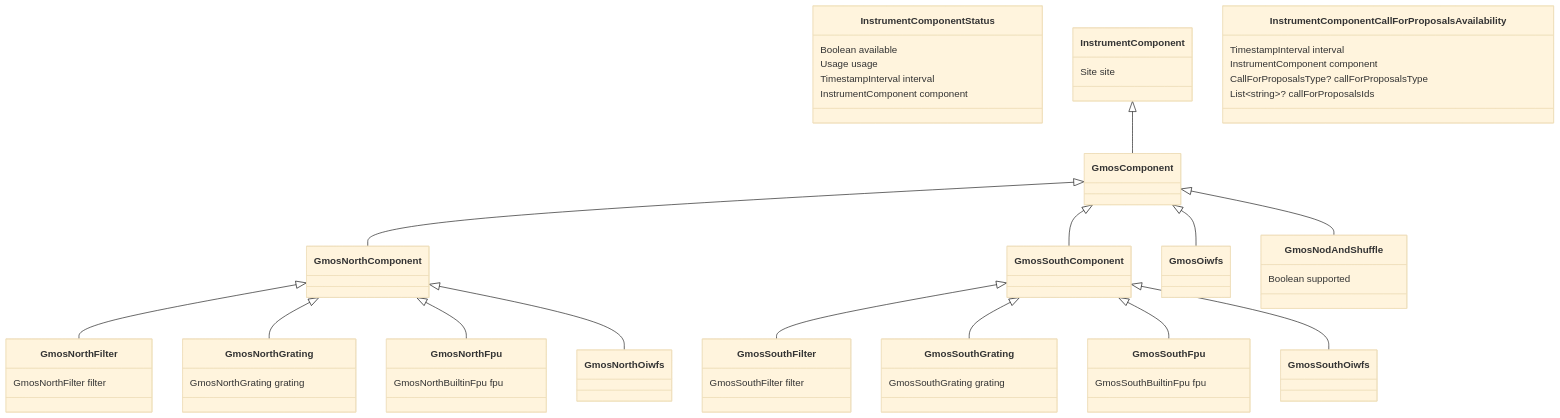
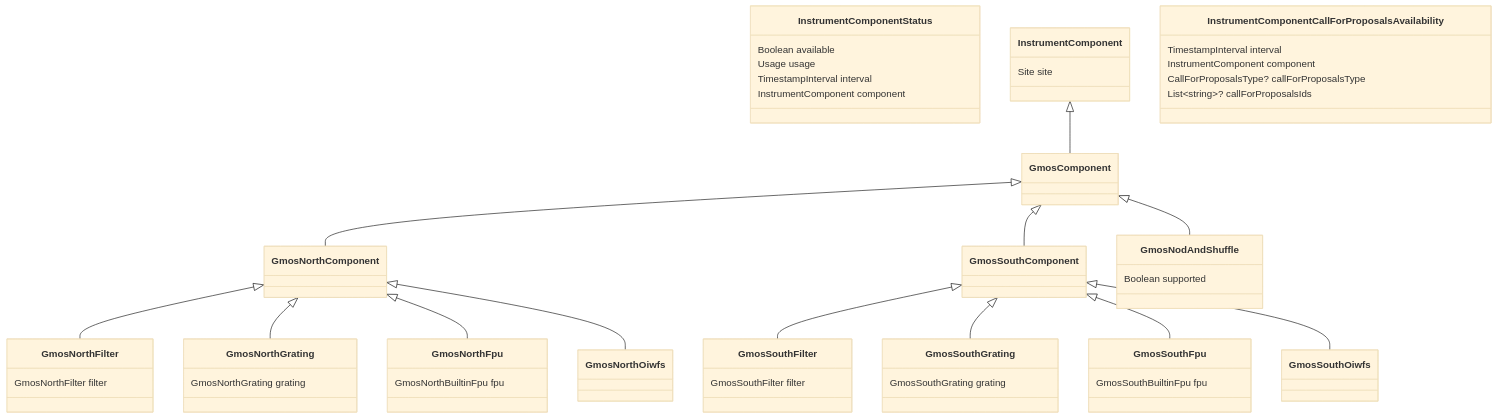
The fourth of 4 diagrams in docs/resource/calendar-domain-model.md (gemini-hlsw/lucuma-odb), drawn with Mermaid (base theme) before and after one commit.

Commit message:
Remove common oiwfs.

````diff
--- a/docs/resource/calendar-domain-model.md
+++ b/docs/resource/calendar-domain-model.md
@@ -134,74 +134,72 @@
 ```mermaid
 classDiagram
 
     %% Component operational status.
     class InstrumentComponentStatus {
         Boolean available
         Usage usage
         TimestampInterval interval
         InstrumentComponent component
     }
 
     %% Base instrument component type.
     class InstrumentComponent {
         Site site
     }
 
     %% Base GMOS component grouping.
     class GmosComponent { }
     class GmosNorthComponent { }
     class GmosSouthComponent { }
 
     InstrumentComponent <|-- GmosComponent
     GmosComponent <|-- GmosNorthComponent
     GmosComponent <|-- GmosSouthComponent
 
     %% Shared GMOS component types.
-    class GmosOiwfs { }
     class GmosNodAndShuffle { Boolean supported }
 
-    GmosComponent <|-- GmosOiwfs
     GmosComponent <|-- GmosNodAndShuffle
 
     %% GMOS North component types.
     class GmosNorthFilter {
         GmosNorthFilter filter
     }
     class GmosNorthGrating {
         GmosNorthGrating grating
     }
     class GmosNorthFpu {
         GmosNorthBuiltinFpu fpu
     }
     class GmosNorthOiwfs {}
 
     GmosNorthComponent <|-- GmosNorthFilter
     GmosNorthComponent <|-- GmosNorthGrating
     GmosNorthComponent <|-- GmosNorthFpu
     GmosNorthComponent <|-- GmosNorthOiwfs
 
     %% GMOS South component types.
     class GmosSouthFilter {
         GmosSouthFilter filter
          }
     class GmosSouthGrating {
         GmosSouthGrating grating
         }
     class GmosSouthFpu {
         GmosSouthBuiltinFpu fpu
         }
     class GmosSouthOiwfs {}
 
     GmosSouthComponent <|-- GmosSouthFilter
     GmosSouthComponent <|-- GmosSouthGrating
     GmosSouthComponent <|-- GmosSouthFpu
     GmosSouthComponent <|-- GmosSouthOiwfs
 
     %% Time-windowed inclusion of a component in proposal calls.
     class InstrumentComponentCallForProposalsAvailability {
         TimestampInterval interval
         InstrumentComponent component
         CallForProposalsType? callForProposalsType
         List~string~? callForProposalsIds
     }
 ```
````
